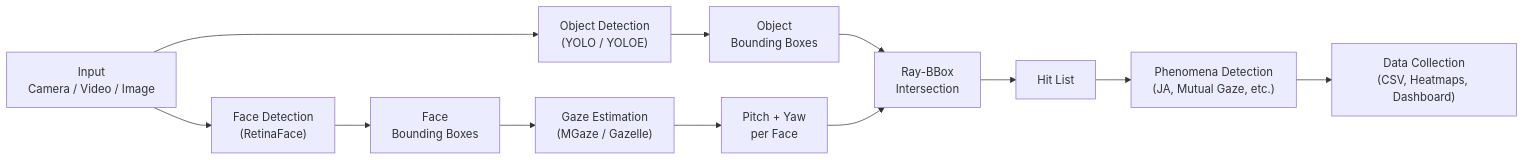
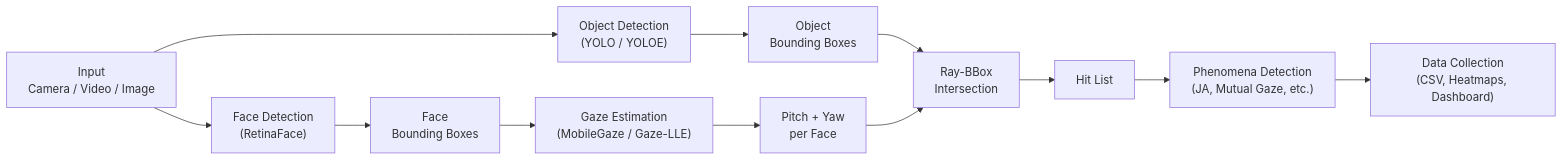
The diagram in docs/index.md (kylen-d/mindsight), drawn with Mermaid before and after one commit. The commit also changed other lines of this file and 13 other files, not shown here.

````diff
--- a/docs/index.md
+++ b/docs/index.md
@@ -17,14 +17,14 @@
 ```mermaid
 flowchart LR
     A["Input\nCamera / Video / Image"] --> B["Object Detection\n(YOLO / YOLOE)"]
     A --> C["Face Detection\n(RetinaFace)"]
     B --> D["Object\nBounding Boxes"]
     C --> E["Face\nBounding Boxes"]
-    E --> F["Gaze Estimation\n(MGaze / Gazelle)"]
+    E --> F["Gaze Estimation\n(MobileGaze / Gaze-LLE)"]
     F --> G["Pitch + Yaw\nper Face"]
     D --> H["Ray-BBox\nIntersection"]
     G --> H
     H --> I["Hit List"]
     I --> J["Phenomena Detection\n(JA, Mutual Gaze, etc.)"]
     J --> K["Data Collection\n(CSV, Heatmaps, Dashboard)"]
 ```
````
